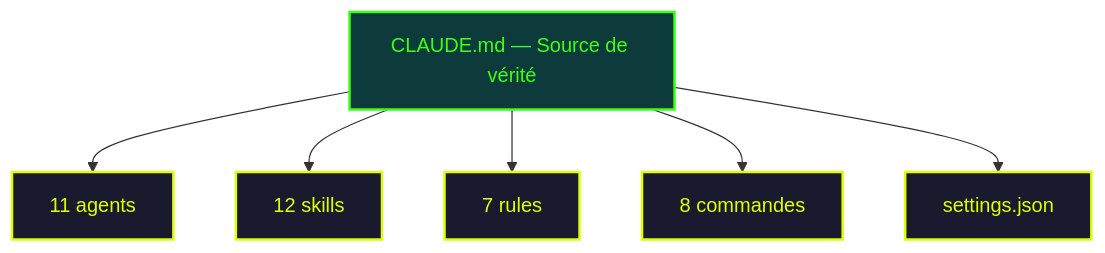
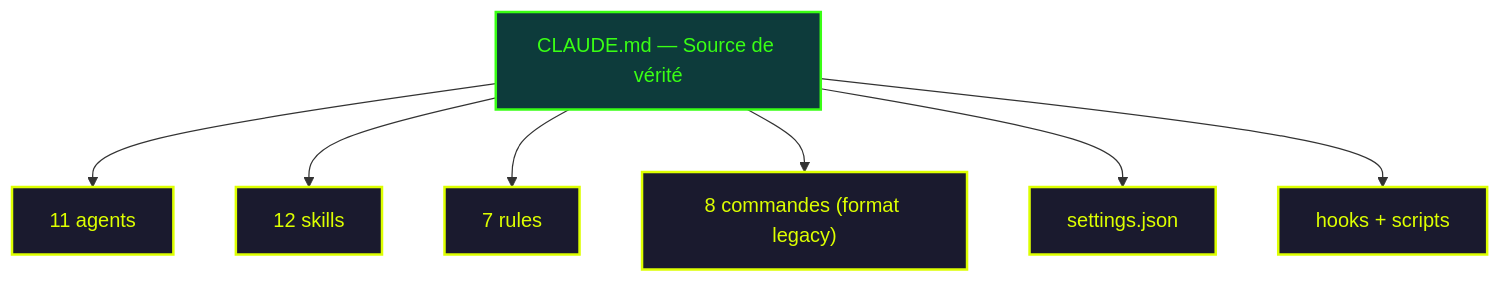
The fourth of 15 diagrams in docs/guide/methodology.md (fondative/claude-code-ecosystem), drawn with Mermaid before and after one commit. The commit also changed other lines of this file and 395 other files, not shown here.

````diff
--- a/docs/guide/methodology.md
+++ b/docs/guide/methodology.md
@@ -193,15 +224,16 @@
 ```mermaid
 graph TB
     CM["CLAUDE.md — Source de vérité"]
 
     CM --> AG["11 agents"]
     CM --> SK["12 skills"]
     CM --> RU["7 rules"]
-    CM --> CO["8 commandes"]
+    CM --> CO["8 commandes (format legacy)"]
     CM --> SE["settings.json"]
+    CM --> HK["hooks + scripts"]
 
     classDef source fill:#0d3b3b,stroke:#39ff14,stroke-width:2px,color:#39ff14
     classDef item fill:#1a1a2e,stroke:#ddff00,stroke-width:2px,color:#ddff00
     class CM source
-    class AG,SK,RU,CO,SE item
+    class AG,SK,RU,CO,SE,HK item
 ```
````
